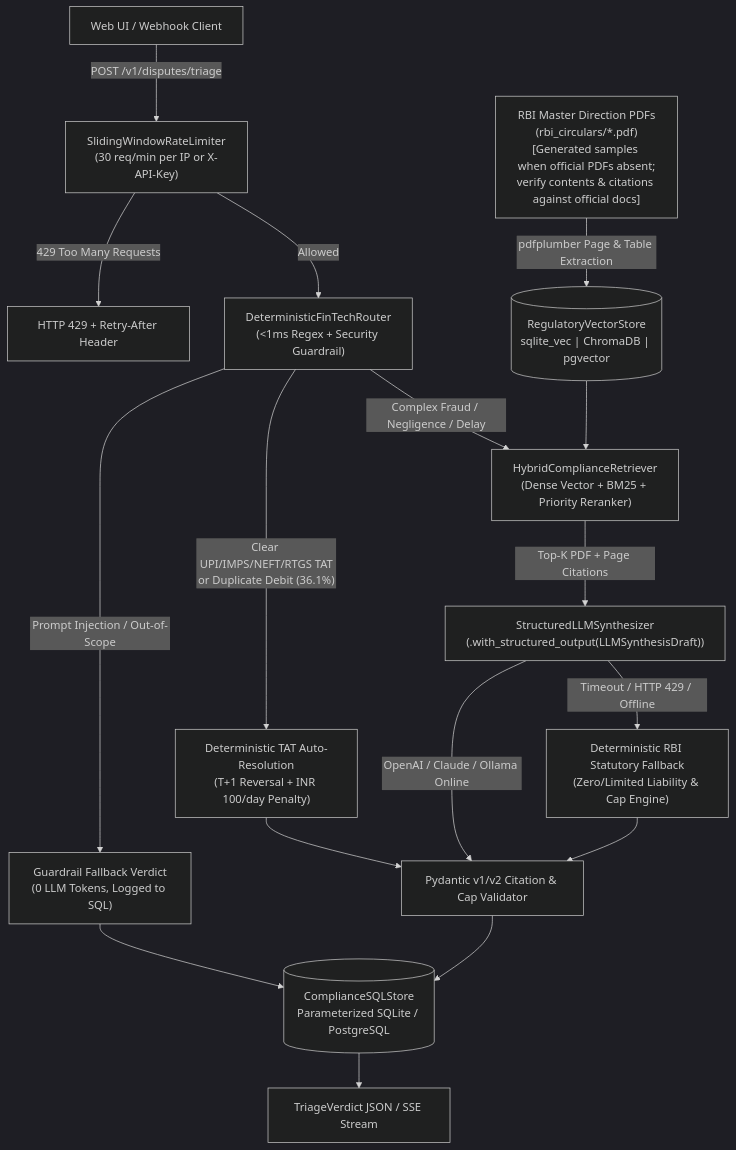
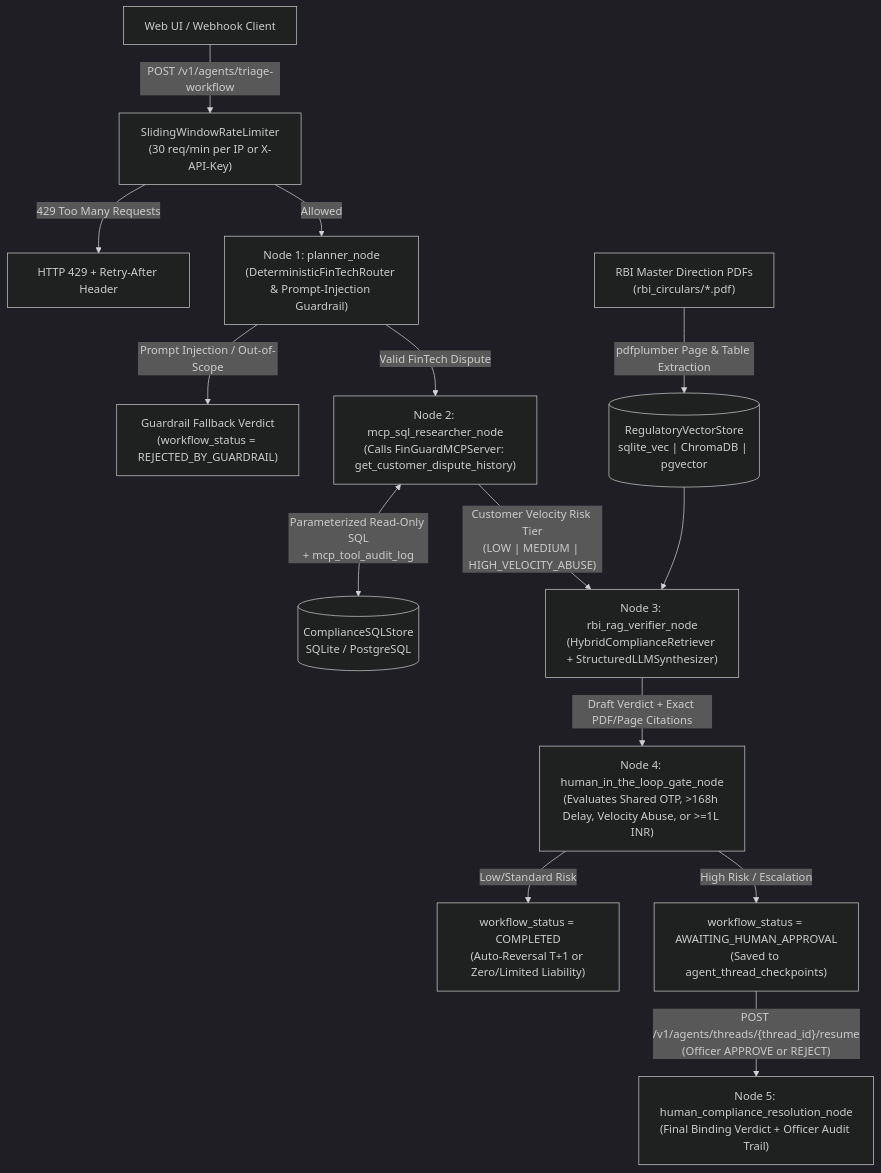
The diagram in README.md (SanketBelieve/finguard_ai), drawn with Mermaid (dark theme) before and after one commit. The commit also changed other lines of this file and 2 other files, not shown here.

````diff
--- a/README.md
+++ b/README.md
@@ -21,22 +22,20 @@
 ```mermaid
 flowchart TD
-    Client["Web UI / Webhook Client"] -->|"POST /v1/disputes/triage"| RateLimiter["SlidingWindowRateLimiter\n(30 req/min per IP or X-API-Key)"]
+    Client["Web UI / Webhook Client"] -->|"POST /v1/agents/triage-workflow"| RateLimiter["SlidingWindowRateLimiter\n(30 req/min per IP or X-API-Key)"]
     RateLimiter -->|"429 Too Many Requests"| Reject429["HTTP 429 + Retry-After Header"]
-    RateLimiter -->|"Allowed"| Router["DeterministicFinTechRouter\n(<1ms Regex + Security Guardrail)"]
+    RateLimiter -->|"Allowed"| Node1["Node 1: planner_node\n(DeterministicFinTechRouter & Prompt-Injection Guardrail)"]
 
-    Router -->|"Prompt Injection / Out-of-Scope"| Guardrail["Guardrail Fallback Verdict\n(0 LLM Tokens, Logged to SQL)"]
-    Router -->|"Clear UPI/IMPS/NEFT/RTGS TAT\nor Duplicate Debit (36.1%)"| FastPath["Deterministic TAT Auto-Resolution\n(T+1 Reversal + INR 100/day Penalty)"]
-    Router -->|"Complex Fraud / Negligence / Delay"| Retriever["HybridComplianceRetriever\n(Dense Vector + BM25 + Priority Reranker)"]
+    Node1 -->|"Prompt Injection / Out-of-Scope"| Guardrail["Guardrail Fallback Verdict\n(workflow_status = REJECTED_BY_GUARDRAIL)"]
+    Node1 -->|"Valid FinTech Dispute"| Node2["Node 2: mcp_sql_researcher_node\n(Calls FinGuardMCPServer: get_customer_dispute_history)"]
 
-    PDFs["RBI Master Direction PDFs\n(rbi_circulars/*.pdf)\n[Generated samples when official PDFs absent;\nverify contents & citations against official docs]"] -->|"pdfplumber Page & Table Extraction"| VectorStore[("RegulatoryVectorStore\nsqlite_vec | ChromaDB | pgvector")]
-    VectorStore --> Retriever
+    Node2 <-->|"Parameterized Read-Only SQL\n+ mcp_tool_audit_log"| SQLStore[("ComplianceSQLStore\nSQLite / PostgreSQL")]
+    Node2 -->|"Customer Velocity Risk Tier\n(LOW | MEDIUM | HIGH_VELOCITY_ABUSE)"| Node3["Node 3: rbi_rag_verifier_node\n(HybridComplianceRetriever + StructuredLLMSynthesizer)"]
 
-    Retriever -->|"Top-K PDF + Page Citations"| LLMSynth["StructuredLLMSynthesizer\n(.with_structured_output(LLMSynthesisDraft))"]
-    LLMSynth -->|"OpenAI / Claude / Ollama Online"| Validator["Pydantic v1/v2 Citation & Cap Validator"]
-    LLMSynth -->|"Timeout / HTTP 429 / Offline"| Fallback["Deterministic RBI Statutory Fallback\n(Zero/Limited Liability & Cap Engine)"]
-    Fallback --> Validator
-    FastPath --> Validator
-    Guardrail --> SQLStore[("ComplianceSQLStore\nParameterized SQLite / PostgreSQL")]
-    Validator --> SQLStore
-    SQLStore --> Response["TriageVerdict JSON / SSE Stream"]
+    PDFs["RBI Master Direction PDFs\n(rbi_circulars/*.pdf)"] -->|"pdfplumber Page & Table Extraction"| VectorStore[("RegulatoryVectorStore\nsqlite_vec | ChromaDB | pgvector")]
+    VectorStore --> Node3
+
+    Node3 -->|"Draft Verdict + Exact PDF/Page Citations"| Node4["Node 4: human_in_the_loop_gate_node\n(Evaluates Shared OTP, >168h Delay, Velocity Abuse, or >=1L INR)"]
+    Node4 -->|"Low/Standard Risk"| Completed["workflow_status = COMPLETED\n(Auto-Reversal T+1 or Zero/Limited Liability)"]
+    Node4 -->|"High Risk / Escalation"| Paused["workflow_status = AWAITING_HUMAN_APPROVAL\n(Saved to agent_thread_checkpoints)"]
+    Paused -->|"POST /v1/agents/threads/{thread_id}/resume\n(Officer APPROVE or REJECT)"| Resumed["Node 5: human_compliance_resolution_node\n(Final Binding Verdict + Officer Audit Trail)"]
 ```
````
